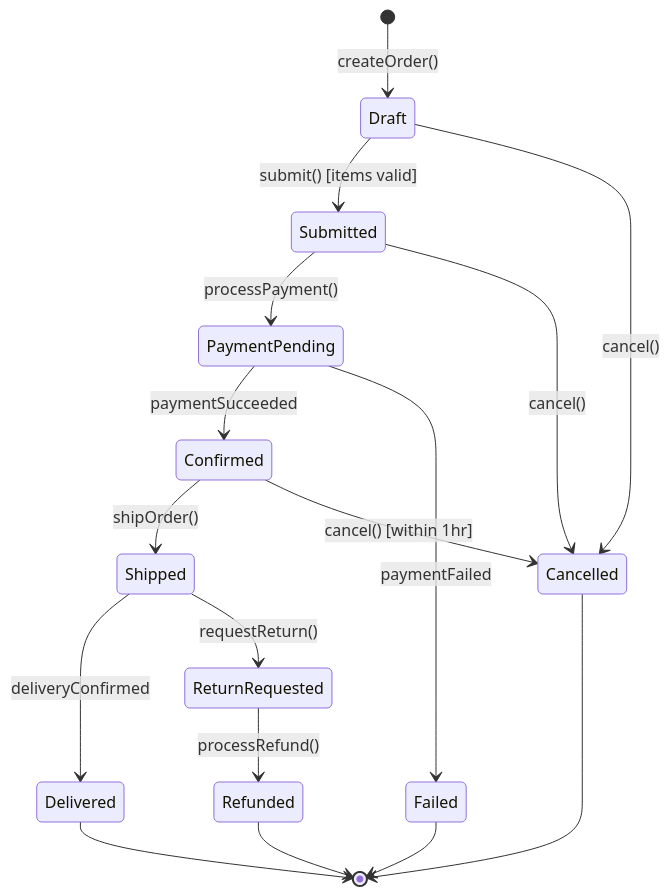
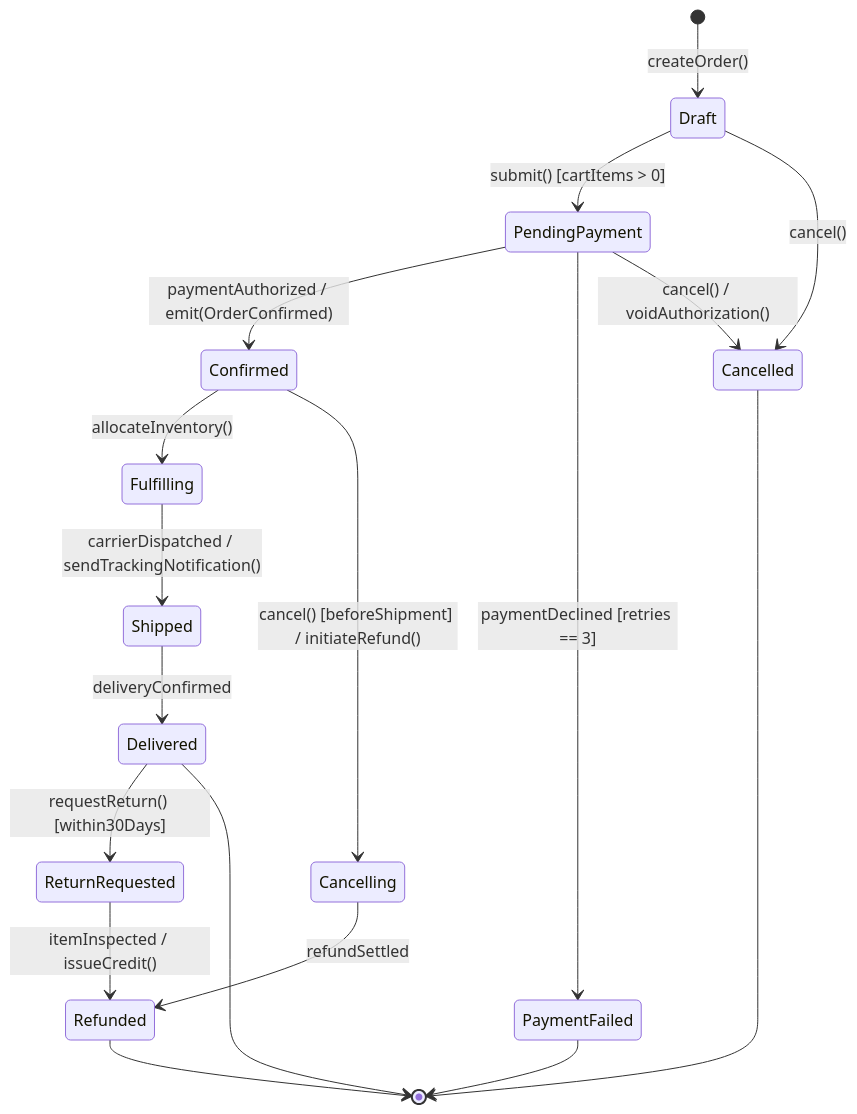
The second of 4 diagrams in docs/02.02-uml-architects.md (nitinkc/PrincipalEngineer_InterviewGuide), drawn with Mermaid before and after one commit. The commit also changed other lines of this file and 27 other files, not shown here.

````diff
--- a/docs/02.02-uml-architects.md
+++ b/docs/02.02-uml-architects.md
@@ -175,26 +116,26 @@
 ```mermaid
 stateDiagram-v2
     [*] --> Draft : createOrder()
 
-    Draft --> Submitted : submit() [items valid]
+    Draft --> PendingPayment : submit() [cartItems > 0]
     Draft --> Cancelled : cancel()
 
-    Submitted --> PaymentPending : processPayment()
-    Submitted --> Cancelled : cancel()
+    PendingPayment --> Confirmed : paymentAuthorized / emit(OrderConfirmed)
+    PendingPayment --> PaymentFailed : paymentDeclined [retries == 3]
+    PendingPayment --> Cancelled : cancel() / voidAuthorization()
 
-    PaymentPending --> Confirmed : paymentSucceeded
-    PaymentPending --> Failed : paymentFailed
+    Confirmed --> Fulfilling : allocateInventory()
+    Confirmed --> Cancelling : cancel() [beforeShipment] / initiateRefund()
 
-    Confirmed --> Shipped : shipOrder()
-    Confirmed --> Cancelled : cancel() [within 1hr]
+    Fulfilling --> Shipped : carrierDispatched / sendTrackingNotification()
+    Cancelling --> Refunded : refundSettled
 
     Shipped --> Delivered : deliveryConfirmed
-    Shipped --> ReturnRequested : requestReturn()
+    Delivered --> ReturnRequested : requestReturn() [within30Days]
+    ReturnRequested --> Refunded : itemInspected / issueCredit()
 
-    ReturnRequested --> Refunded : processRefund()
-
-    Failed --> [*]
+    PaymentFailed --> [*]
     Cancelled --> [*]
     Delivered --> [*]
     Refunded --> [*]
 ```
````
